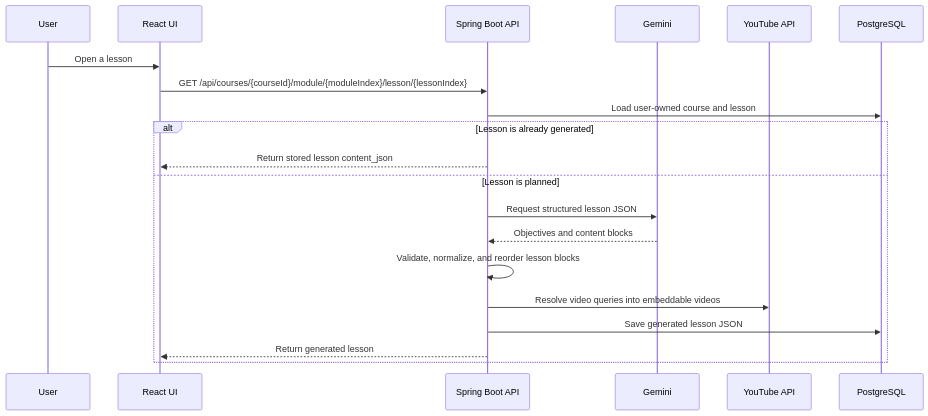
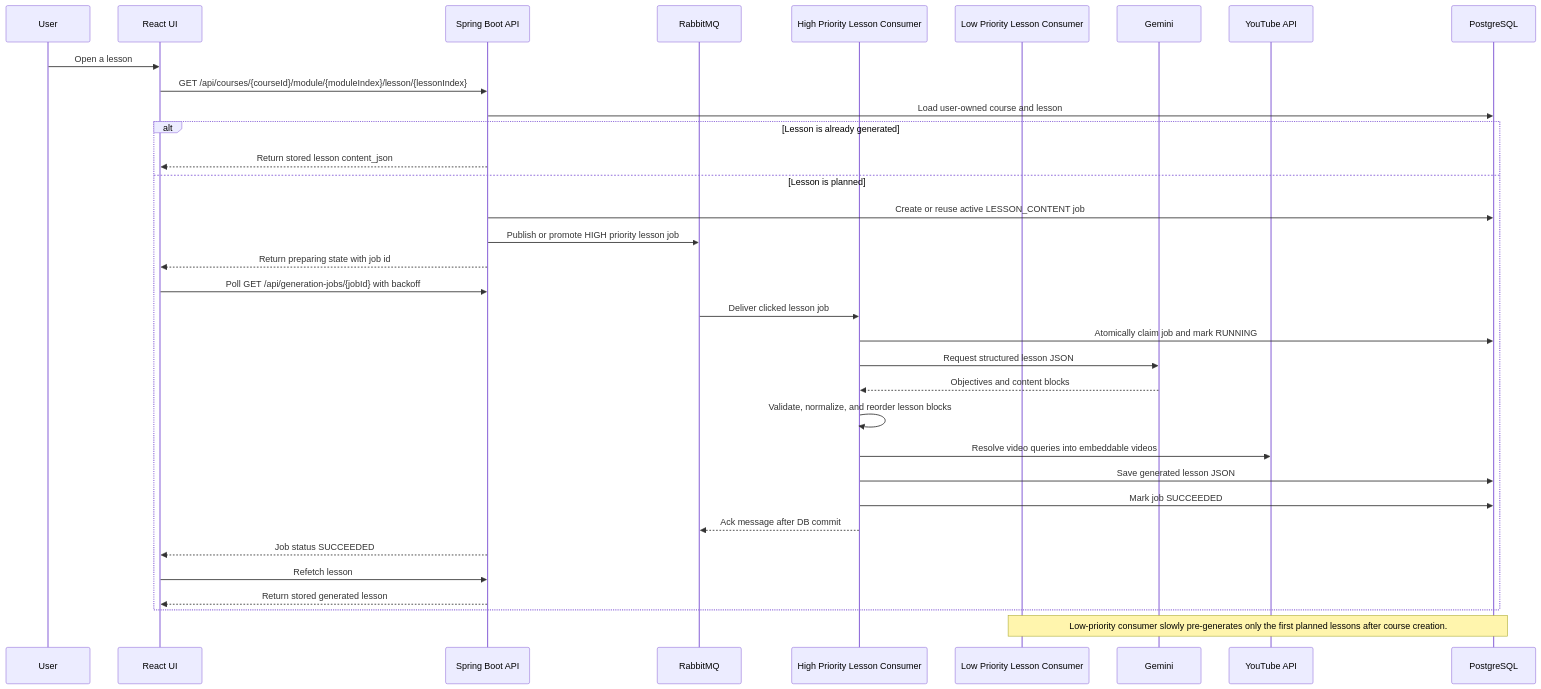
Before and after one commit to abhinav1karthik/Text-to-Learn-AI: the third of 8 diagrams in README.md, drawn with Mermaid. The commit also changed other lines of this file, not shown here.

Commit message:
Document queue-backed generation architecture

````diff
--- a/README.md
+++ b/README.md
@@ -105,24 +116,39 @@
 ```mermaid
 sequenceDiagram
     participant U as User
     participant UI as React UI
     participant API as Spring Boot API
+    participant MQ as RabbitMQ
+    participant HW as High Priority Lesson Consumer
+    participant LW as Low Priority Lesson Consumer
     participant G as Gemini
     participant YT as YouTube API
     participant DB as PostgreSQL
 
     U->>UI: Open a lesson
     UI->>API: GET /api/courses/{courseId}/module/{moduleIndex}/lesson/{lessonIndex}
     API->>DB: Load user-owned course and lesson
 
     alt Lesson is already generated
         API-->>UI: Return stored lesson content_json
     else Lesson is planned
-        API->>G: Request structured lesson JSON
-        G-->>API: Objectives and content blocks
-        API->>API: Validate, normalize, and reorder lesson blocks
-        API->>YT: Resolve video queries into embeddable videos
-        API->>DB: Save generated lesson JSON
-        API-->>UI: Return generated lesson
+        API->>DB: Create or reuse active LESSON_CONTENT job
+        API->>MQ: Publish or promote HIGH priority lesson job
+        API-->>UI: Return preparing state with job id
+        UI->>API: Poll GET /api/generation-jobs/{jobId} with backoff
+        MQ->>HW: Deliver clicked lesson job
+        HW->>DB: Atomically claim job and mark RUNNING
+        HW->>G: Request structured lesson JSON
+        G-->>HW: Objectives and content blocks
+        HW->>HW: Validate, normalize, and reorder lesson blocks
+        HW->>YT: Resolve video queries into embeddable videos
+        HW->>DB: Save generated lesson JSON
+        HW->>DB: Mark job SUCCEEDED
+        HW-->>MQ: Ack message after DB commit
+        API-->>UI: Job status SUCCEEDED
+        UI->>API: Refetch lesson
+        API-->>UI: Return stored generated lesson
     end
+
+    Note over LW,DB: Low-priority consumer slowly pre-generates only the first planned lessons after course creation.
 ```
````
